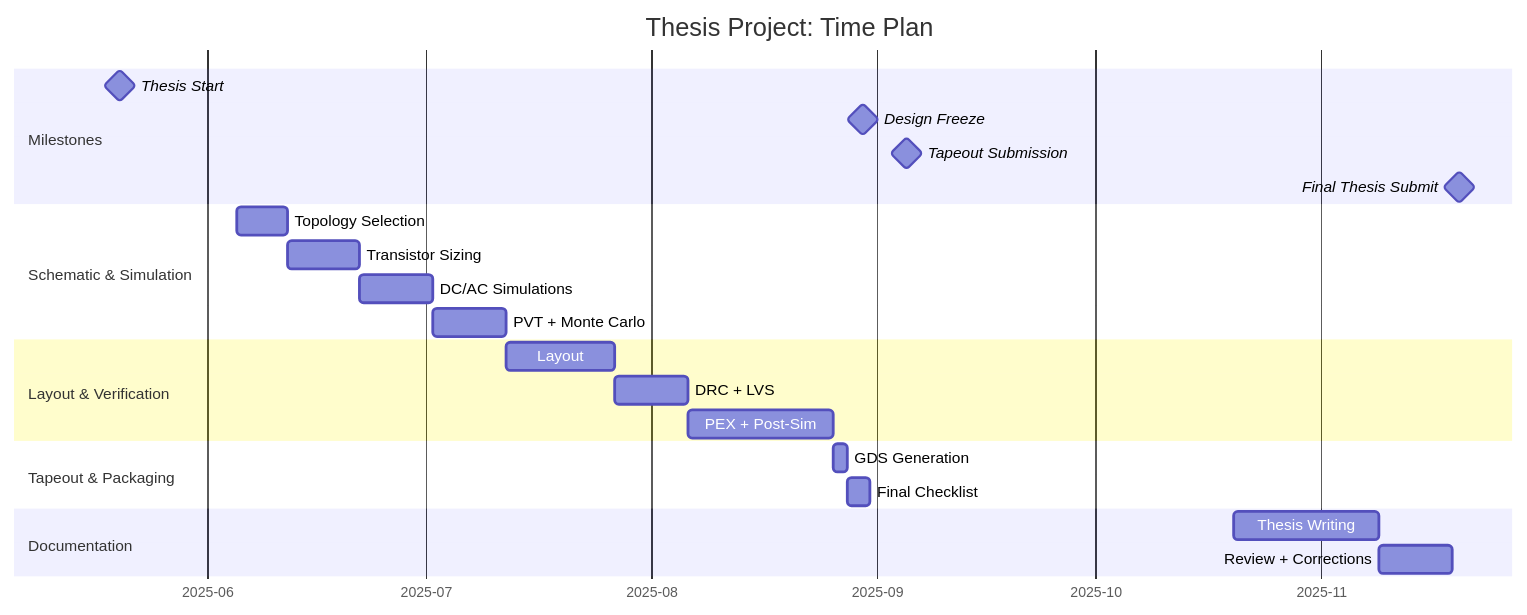
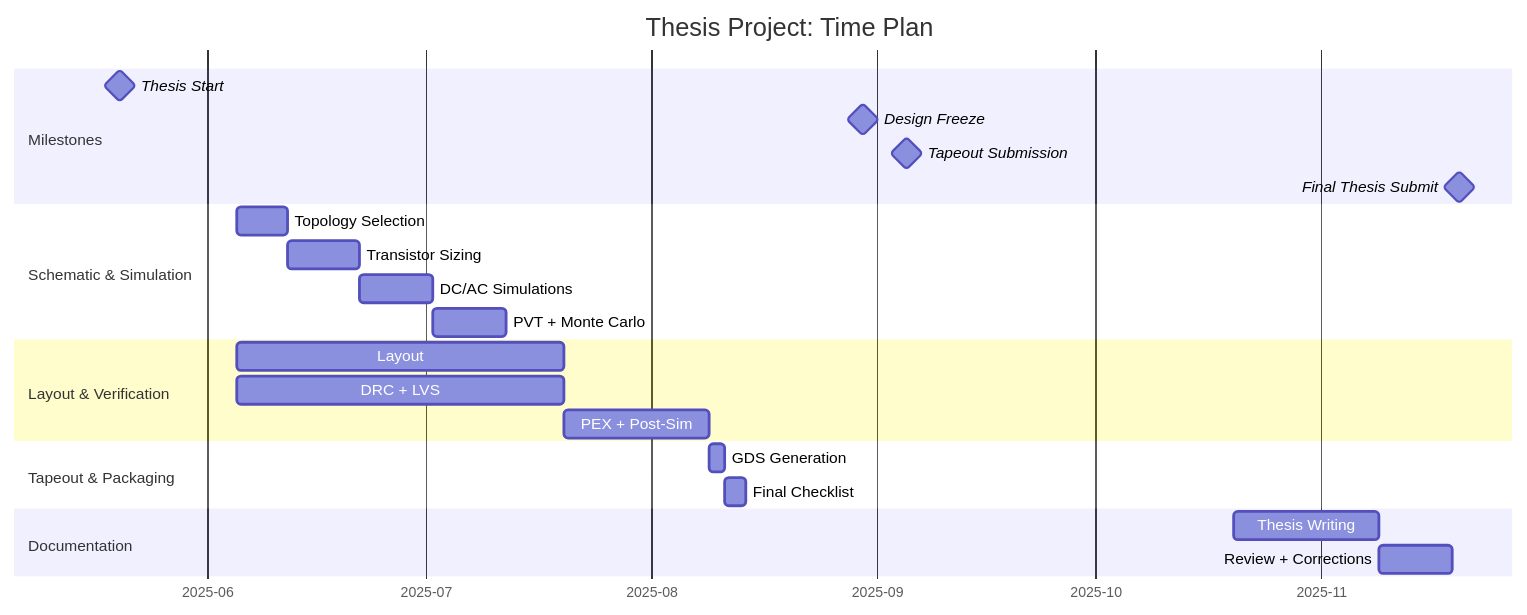
One commit to ptoyni/thesis_hp changed the diagram in Expose_HP/content/_sec_Thesis_HP.qmd. Above: the diagram before and after it, drawn with Mermaid. The commit also changed 5 other files, not shown here.

````diff
--- a/Expose_HP/content/_sec_Thesis_HP.qmd
+++ b/Expose_HP/content/_sec_Thesis_HP.qmd
@@ -80,31 +80,31 @@
 ```{mermaid}
 gantt
     title Thesis Project: Time Plan
     dateFormat YYYY-MM-DD
     axisFormat %Y-%m
 
     section Milestones
     Thesis Start           : milestone, m1, 2025-05-20, 0d
     Design Freeze          : milestone, m2, 2025-08-30, 0d
     Tapeout Submission     : milestone, m3, 2025-09-05, 0d
     Final Thesis Submit    : milestone, m4, 2025-11-20, 0d
 
     section Schematic & Simulation
     Topology Selection     : a1, 2025-06-05, 7d
     Transistor Sizing      : a2, after a1, 10d
     DC/AC Simulations      : a3, after a2, 10d
     PVT + Monte Carlo      : a4, after a3, 10d
 
     section Layout & Verification
-    Layout        : b1, 2025-07-12, 15d
-    DRC + LVS              : b3, after b1, 10d
+    Layout                 : b1, 2025-06-05, 45d
+    DRC + LVS              : b3, 2025-06-05, 45d
     PEX + Post-Sim         : b4, after b3, 20d
 
     section Tapeout & Packaging
     GDS Generation         : c1, after b4, 2d
     Final Checklist        : c2, after c1, 3d
 
     section Documentation
     Thesis Writing         : d1, 2025-10-20, 20d
     Review + Corrections   : d2, after d1, 10d
 ```
````
